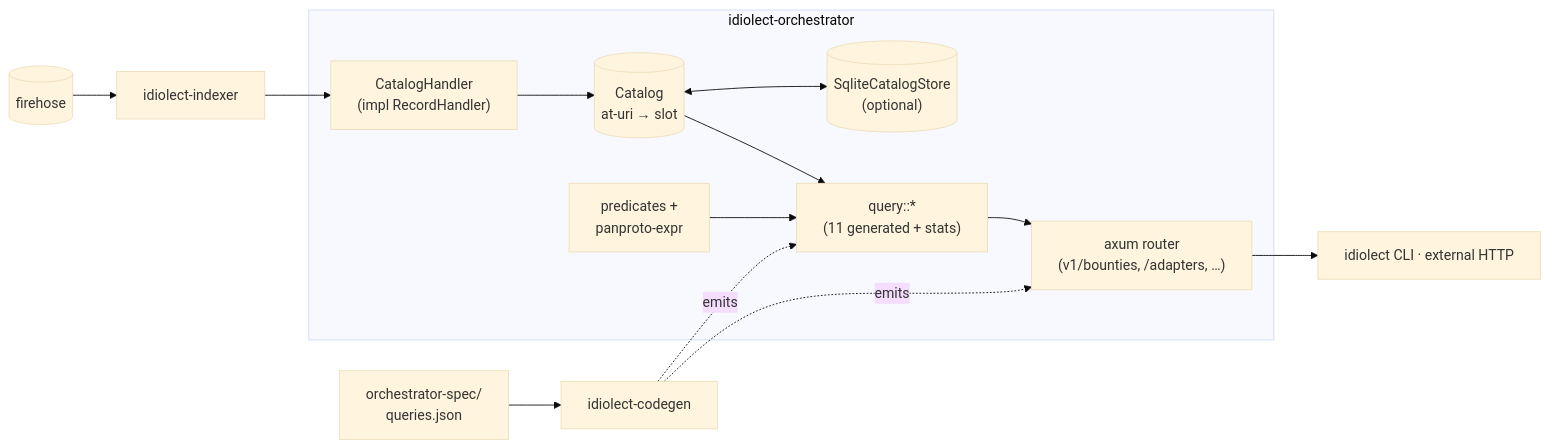
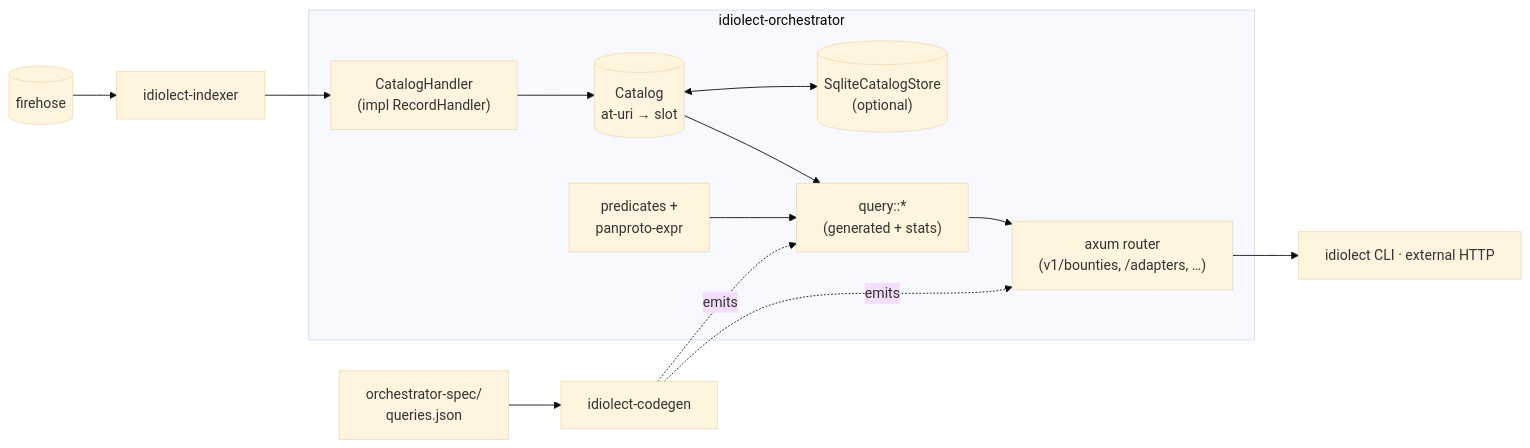
The diagram in crates/idiolect-orchestrator/README.md (idiolect-dev/idiolect), drawn with Mermaid (base theme) before and after one commit. The commit also changed other lines of this file and 13 other files, not shown here.

````diff
--- a/crates/idiolect-orchestrator/README.md
+++ b/crates/idiolect-orchestrator/README.md
@@ -16,30 +16,30 @@
 ```mermaid
 flowchart LR
     FH[("firehose")]
     IDX["idiolect-indexer"]
 
     subgraph orchestrator["idiolect-orchestrator"]
         CH["CatalogHandler<br/>(impl RecordHandler)"]
         CAT[("Catalog<br/>at-uri → slot")]
         SQL[("SqliteCatalogStore<br/>(optional)")]
-        QUERY["query::*<br/>(11 generated + stats)"]
+        QUERY["query::*<br/>(generated + stats)"]
         PRED["predicates +<br/>panproto-expr"]
         HTTP["axum router<br/>(v1/bounties, /adapters, …)"]
     end
 
     SPEC["orchestrator-spec/<br/>queries.json"]
     CG["idiolect-codegen"]
     CLIENTS["idiolect CLI · external HTTP"]
 
     FH --> IDX --> CH
     CH --> CAT
     CAT <--> SQL
     CAT --> QUERY
     PRED --> QUERY
     QUERY --> HTTP
     HTTP --> CLIENTS
 
     SPEC --> CG
     CG -.emits.-> QUERY
     CG -.emits.-> HTTP
 ```
````
